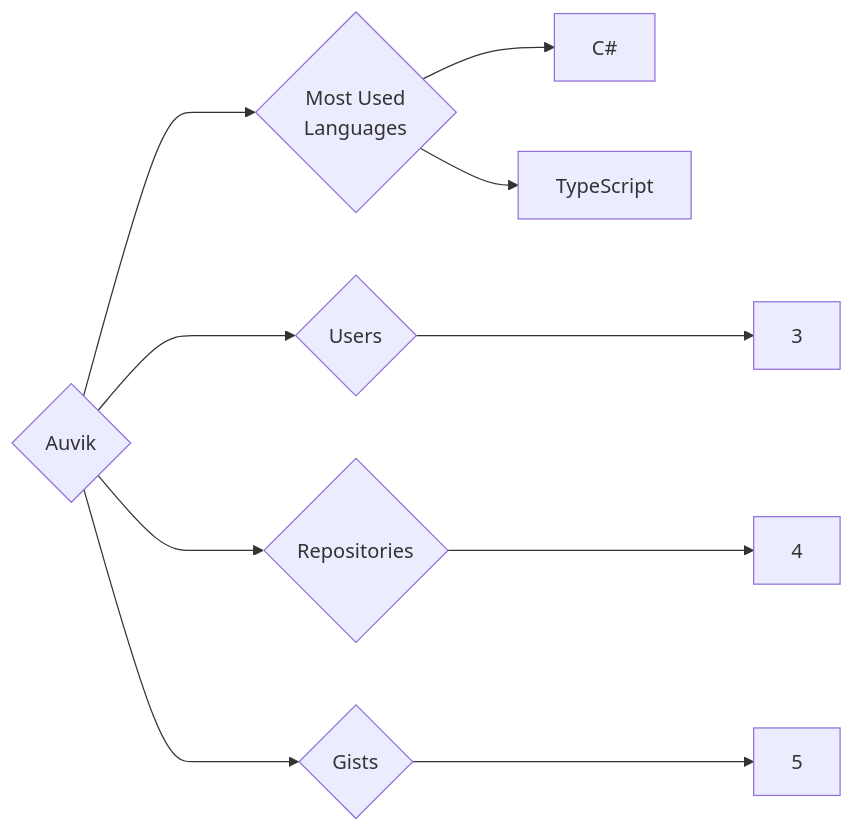
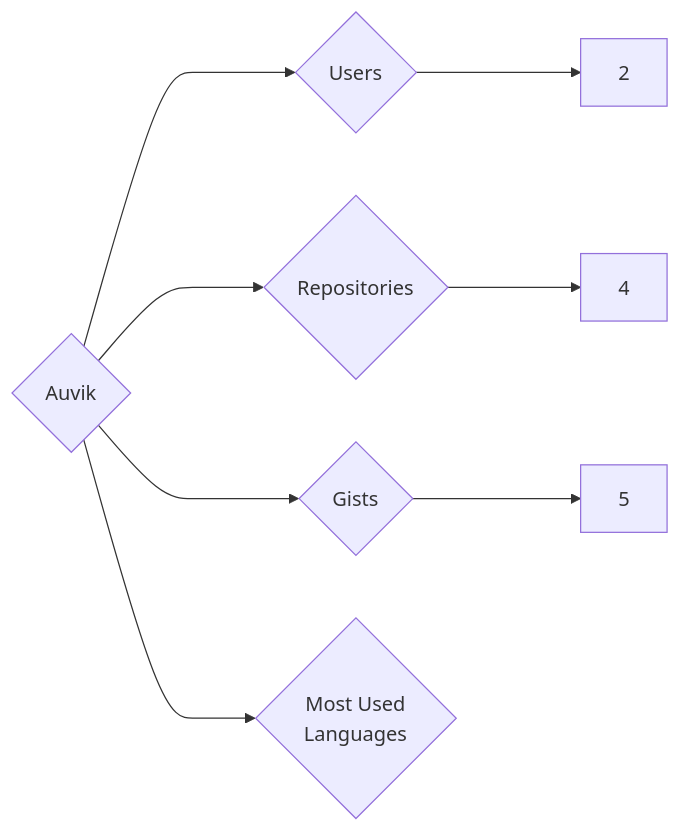
Before and after one commit to trickest/insiders: the diagram in targets/Auvik/README.md, drawn with Mermaid. The commit also changed 815 other files, not shown here.

````diff
--- a/targets/Auvik/README.md
+++ b/targets/Auvik/README.md
@@ -3,10 +3,8 @@
 ```mermaid
 graph LR
 COMPANY_NAME{Auvik}
-COMPANY_NAME ---> U{Users} ---> UN[3]
+COMPANY_NAME ---> U{Users} ---> UN[2]
 COMPANY_NAME ---> R{Repositories} ---> RN[4]
 COMPANY_NAME ---> G{Gists} ---> GN[5]
 COMPANY_NAME ---> ML{Most Used<br>Languages}
-ML --> C#[C#]
-ML --> TypeScript[TypeScript]
 ```
````
